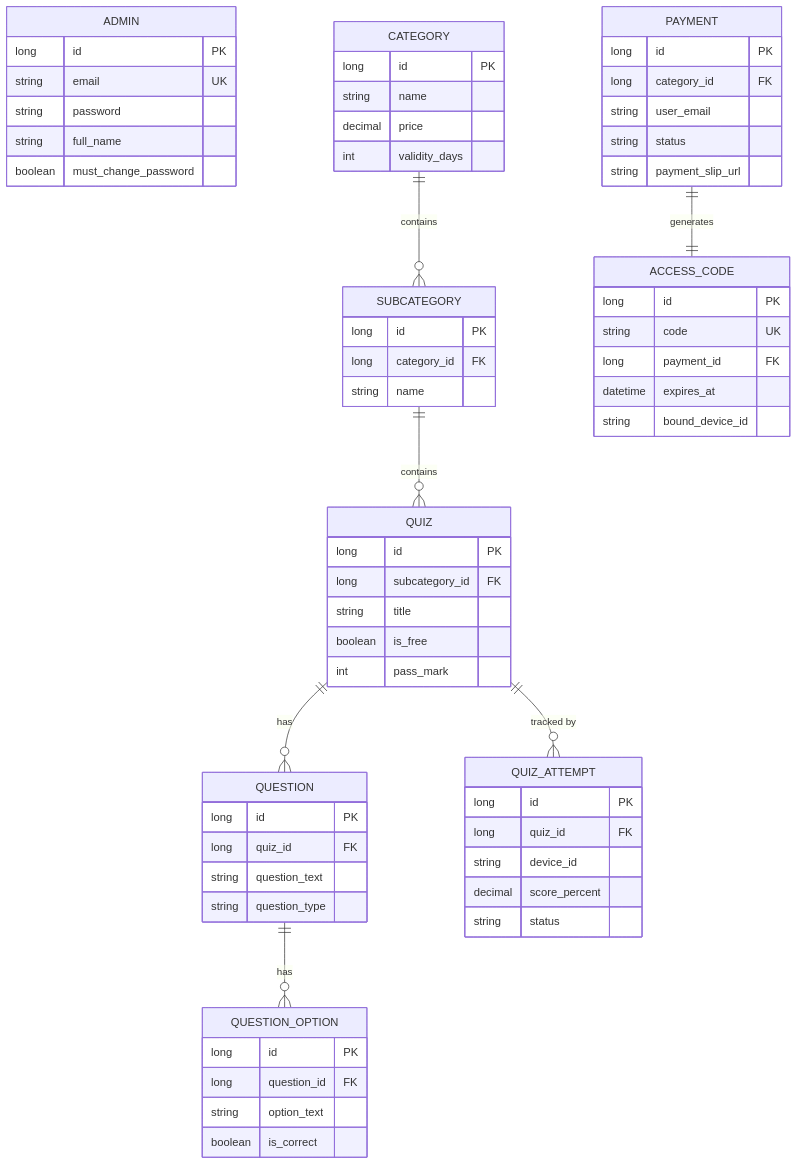
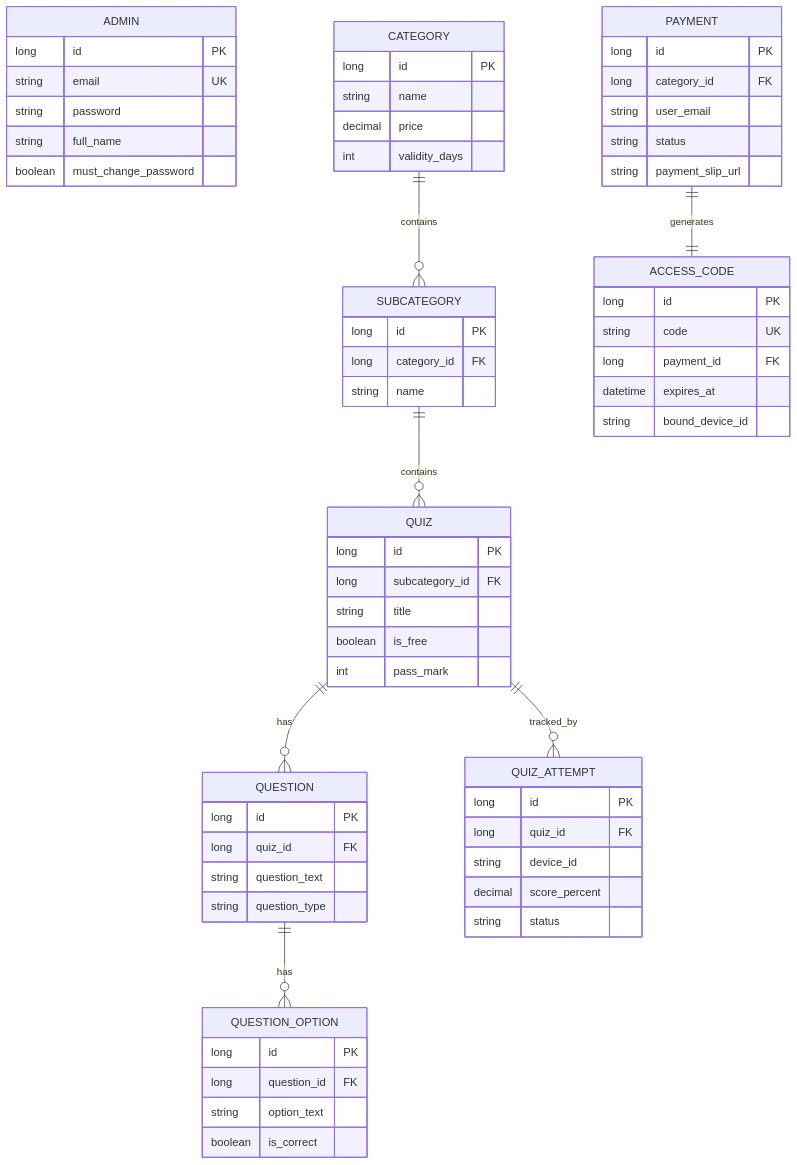
One commit to isurahirantha/project-quizes changed the diagram in README.md. Above: the diagram before and after it, drawn with Mermaid. The commit also changed other lines of this file, not shown here.

````diff
--- a/README.md
+++ b/README.md
@@ -60,68 +231,77 @@
 ```mermaid
 erDiagram
+
     ADMIN {
         long id PK
         string email UK
         string password
         string full_name
         boolean must_change_password
     }
+
     CATEGORY {
         long id PK
         string name
         decimal price
         int validity_days
     }
+
     SUBCATEGORY {
         long id PK
         long category_id FK
         string name
     }
+
     QUIZ {
         long id PK
         long subcategory_id FK
         string title
         boolean is_free
         int pass_mark
     }
+
     QUESTION {
         long id PK
         long quiz_id FK
         string question_text
         string question_type
     }
+
     QUESTION_OPTION {
         long id PK
         long question_id FK
         string option_text
         boolean is_correct
     }
+
     PAYMENT {
         long id PK
         long category_id FK
         string user_email
         string status
         string payment_slip_url
     }
+
     ACCESS_CODE {
         long id PK
         string code UK
         long payment_id FK
         datetime expires_at
         string bound_device_id
     }
+
     QUIZ_ATTEMPT {
         long id PK
         long quiz_id FK
         string device_id
         decimal score_percent
         string status
     }
 
-    CATEGORY ||--o{ SUBCATEGORY : "contains"
-    SUBCATEGORY ||--o{ QUIZ : "contains"
-    QUIZ ||--o{ QUESTION : "has"
-    QUESTION ||--o{ QUESTION_OPTION : "has"
-    PAYMENT ||--|| ACCESS_CODE : "generates"
-    QUIZ ||--o{ QUIZ_ATTEMPT : "tracked by"
+    CATEGORY ||--o{ SUBCATEGORY : contains
+    SUBCATEGORY ||--o{ QUIZ : contains
+    QUIZ ||--o{ QUESTION : has
+    QUESTION ||--o{ QUESTION_OPTION : has
+    PAYMENT ||--|| ACCESS_CODE : generates
+    QUIZ ||--o{ QUIZ_ATTEMPT : tracked_by
 ```
````
